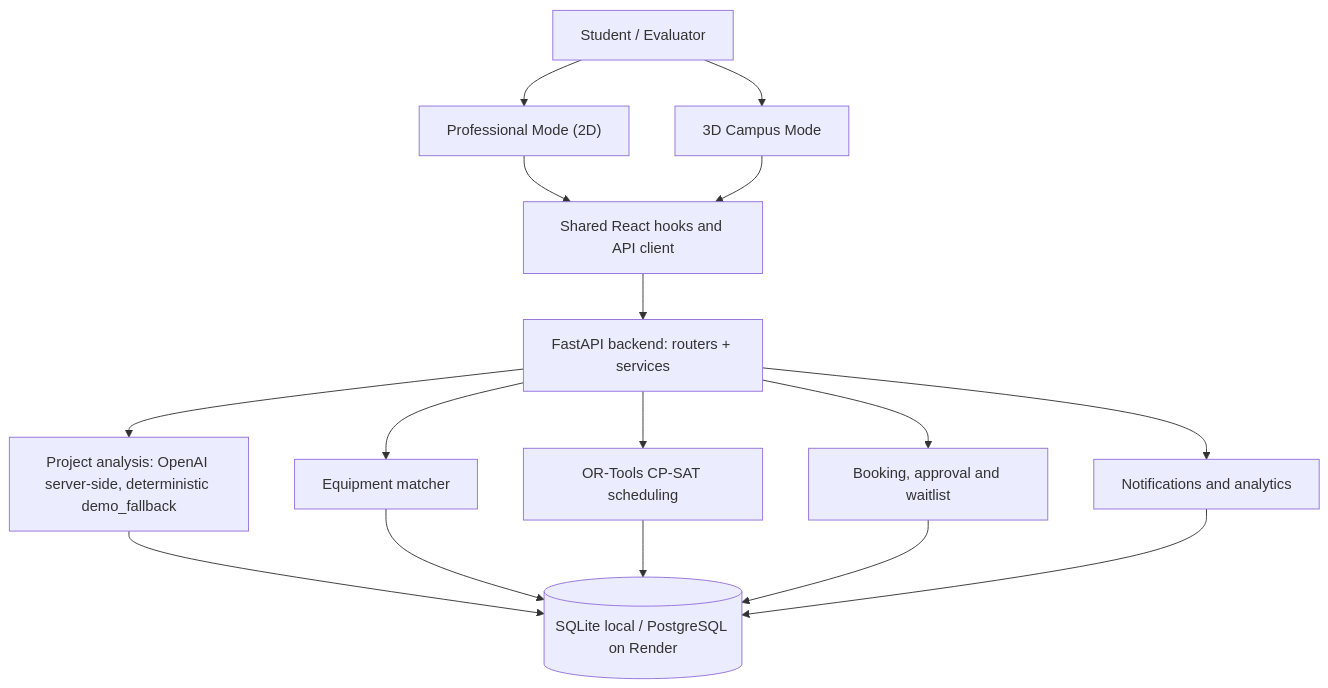
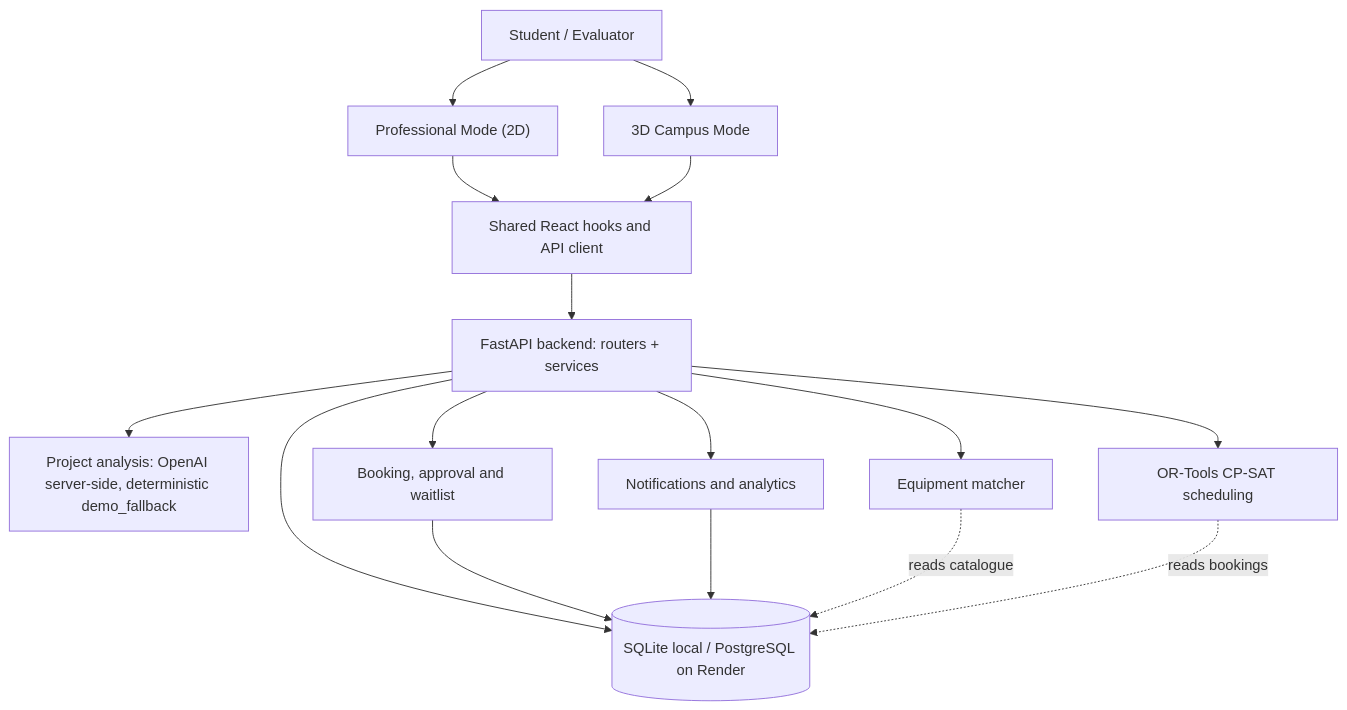
Before and after one commit to Mohammed-Bilal-Tanveer/PromptWars: the first of 2 diagrams in README.md, drawn with Mermaid. The commit also changed other lines of this file and 2 other files, not shown here.

Commit message:
docs: apply reviewer fixes (diagrams, contract details, CLAUDE.md rules, wording)

````diff
--- a/README.md
+++ b/README.md
@@ -54,18 +54,18 @@
 ```mermaid
 flowchart TD
   U["Student / Evaluator"] --> P["Professional Mode (2D)"]
   U --> C["3D Campus Mode"]
   P --> H["Shared React hooks and API client"]
   C --> H
   H --> B["FastAPI backend: routers + services"]
   B --> AI["Project analysis: OpenAI server-side, deterministic demo_fallback"]
   B --> M["Equipment matcher"]
   B --> S["OR-Tools CP-SAT scheduling"]
   B --> W["Booking, approval and waitlist"]
   B --> N["Notifications and analytics"]
-  AI --> D[("SQLite local / PostgreSQL on Render")]
-  M --> D
-  S --> D
+  B --> D[("SQLite local / PostgreSQL on Render")]
   W --> D
   N --> D
+  M -. reads catalogue .-> D
+  S -. reads bookings .-> D
 ```
````
